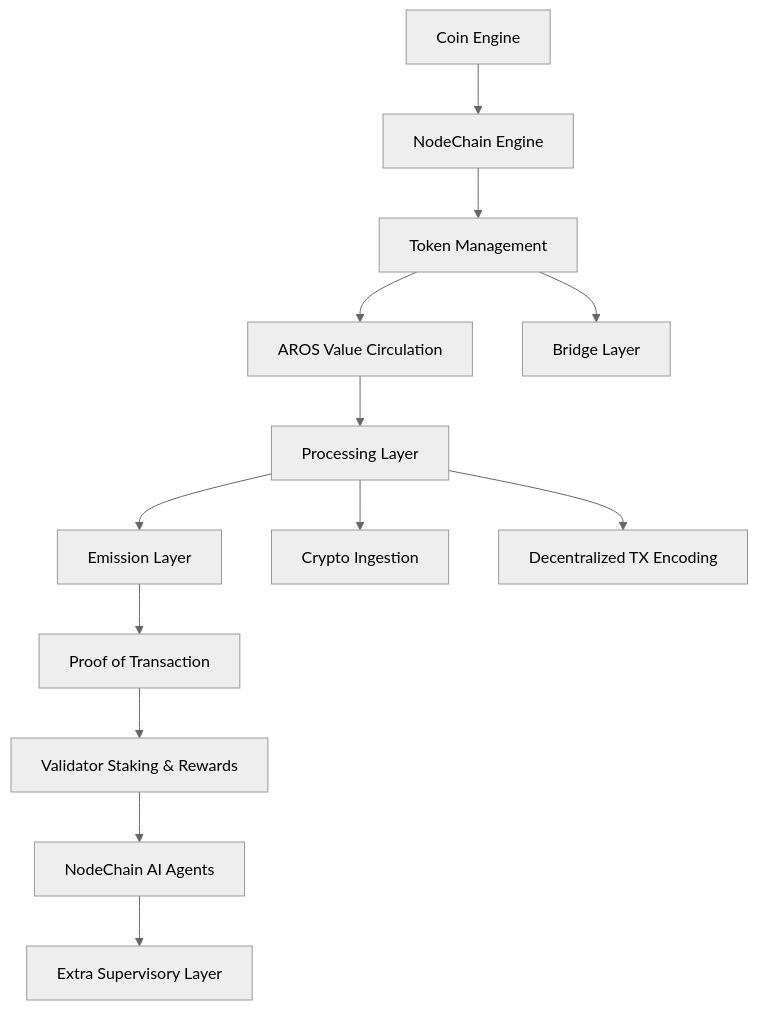
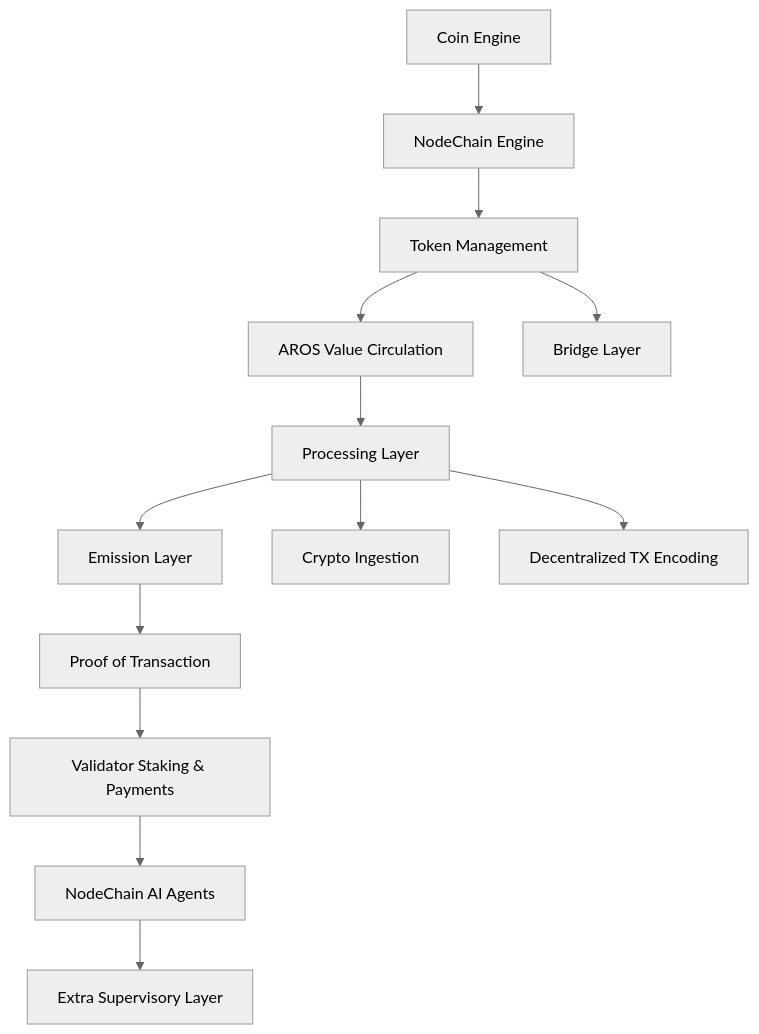
Before and after one commit to Aros-Technology-Studio/AST-Aros-Financial-Paradigm: the first of 15 diagrams in architecture_diagrams.md, drawn with Mermaid (neutral theme). The commit also changed other lines of this file and 29 other files, not shown here.

````diff
--- a/architecture_diagrams.md
+++ b/architecture_diagrams.md
@@ -6,15 +6,15 @@
 ```mermaid
 graph TD
   A[Coin Engine] --> B[NodeChain Engine]
   B --> C[Token Management]
   C --> D[AROS Value Circulation]
   C --> E[Bridge Layer]
   D --> F[Processing Layer]
   F --> G[Emission Layer]
   G --> H[Proof of Transaction]
-  H --> I[Validator Staking & Rewards]
+  H --> I[Validator Staking & Payments]
   I --> J[NodeChain AI Agents]
   J --> K[Extra Supervisory Layer]
   F --> L[Crypto Ingestion]
   F --> M[Decentralized TX Encoding]
 ```
````
